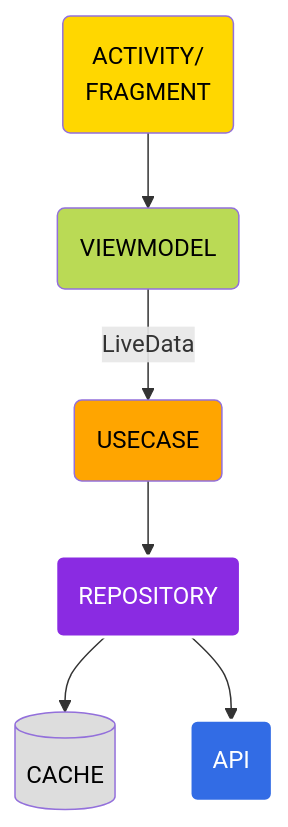
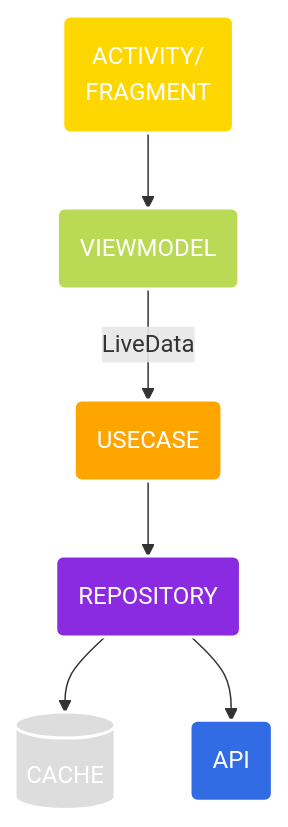
The diagram in README.md (CaioCrevelaro/clean-architecture), drawn with Mermaid before and after one commit.

````diff
--- a/README.md
+++ b/README.md
@@ -32,23 +32,23 @@
 ```mermaid
 graph TD
 
-classDef orange fill:#FFA500, color:#000000;
-classDef yellow fill:#FFD700,color:#000000;
-classDef green fill:#BADA55,color:#000000;
+classDef orange fill:#FFA500,stroke:#FFF,stroke-width:2px,color:#FFF;
+classDef yellow fill:#FFD700,stroke:#FFF,stroke-width:2px,color:#FFF;
+classDef green fill:#BADA55,stroke:#FFF,stroke-width:2px,color:#FFF;
 classDef purple fill:#8A2BE2,stroke:#FFF,stroke-width:2px,color:#FFF;
 classDef blue fill:#326CE5,stroke:#FFF,stroke-width:2px,color:#FFF;
-classDef gray fill:#DDDDDD,color:#000000;
+classDef gray fill:#DDDDDD,stroke:#FFF,stroke-width:2px,color:#FFF;
 
 a11(ACTIVITY/<br>FRAGMENT):::yellow;
 a21(VIEWMODEL):::green;
 a31(USECASE):::orange;
 a41(REPOSITORY):::purple;
 a51[(CACHE)]:::gray;
 a52(API):::blue;
 
 
 a11 --> a21 --> |LiveData| a31 --> a41;
 a41 --> a51;
 a41 --> a52;
 
 ```
````
